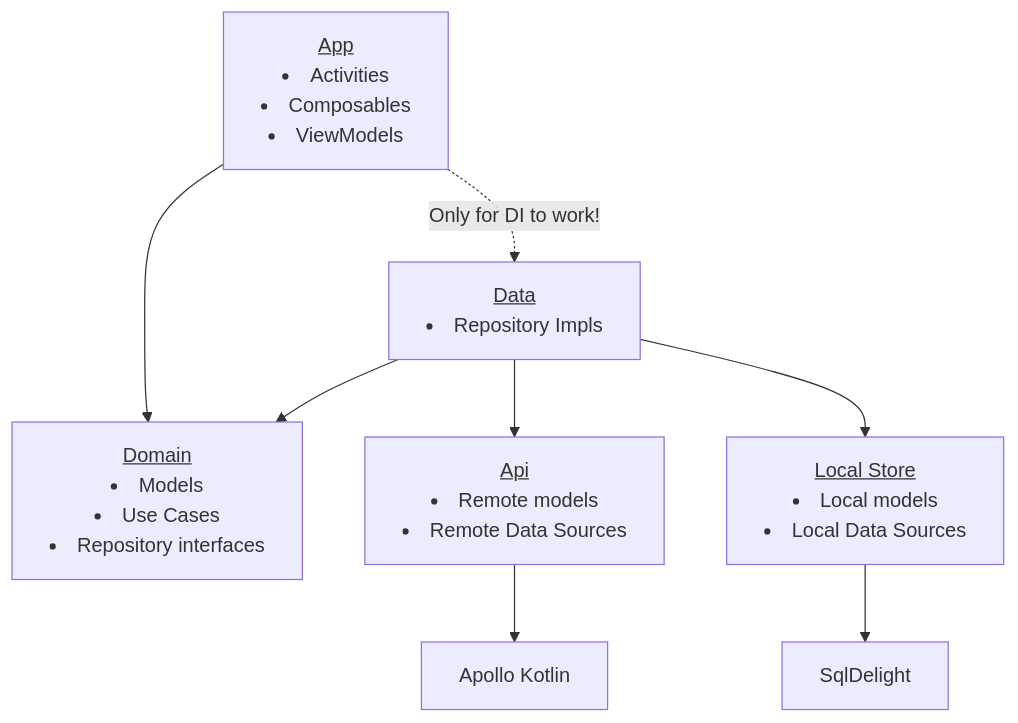
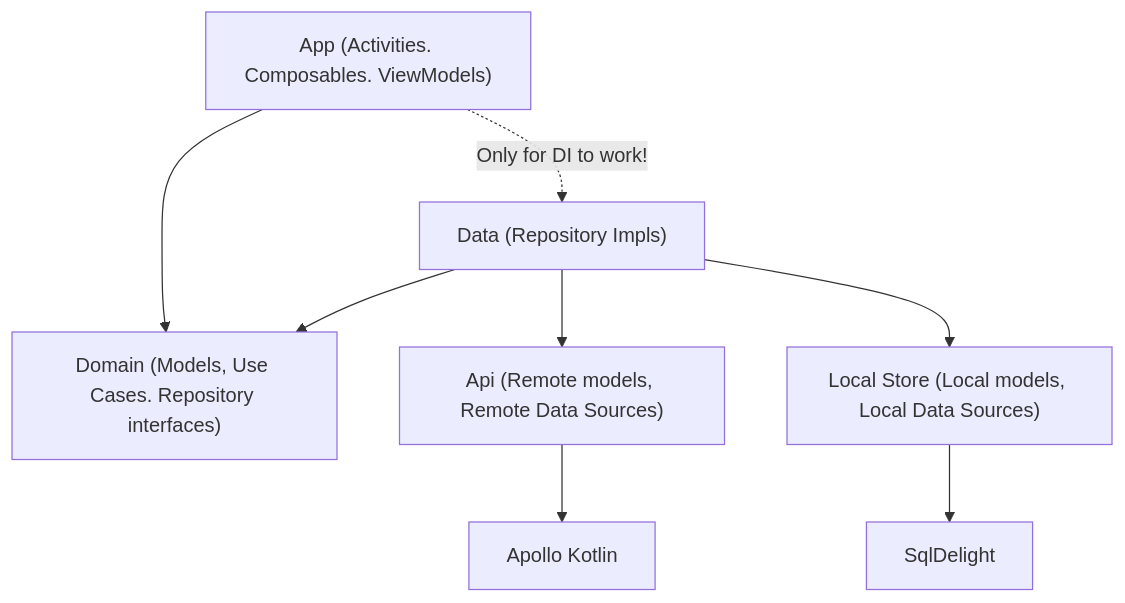
One commit to BoD/CineToday3 changed the diagram in README.md. Above: the diagram before and after it, drawn with Mermaid.

Commit message:
Remove html from mermaid ¯\_(ツ)_/¯

````diff
--- a/README.md
+++ b/README.md
@@ -5,13 +5,13 @@
 ```mermaid
 graph TD
-    App[<u>App</u> <li>Activities <li>Composables <li>ViewModels] --> Domain
+    App["App (Activities. Composables. ViewModels)"] --> Domain
     App -.->|Only for DI to work!| Data
-    Domain[<u>Domain</u> <li>Models <li>Use Cases <li>Repository interfaces]
-    Data[<u>Data</u> <li>Repository Impls] --> Domain
+    Domain["Domain (Models, Use Cases. Repository interfaces)"]
+    Data["Data (Repository Impls)"] --> Domain
     Data --> Api
     Data --> LocalStore
-    Api[<u>Api</u> <li>Remote models <li>Remote Data Sources]
+    Api["Api (Remote models, Remote Data Sources)"]
     Api --> Apollo[Apollo Kotlin]
-    LocalStore[<u>Local Store</u> <li>Local models <li>Local Data Sources]
+    LocalStore["Local Store (Local models, Local Data Sources)"]
     LocalStore --> SqlDelight
 ```
````
